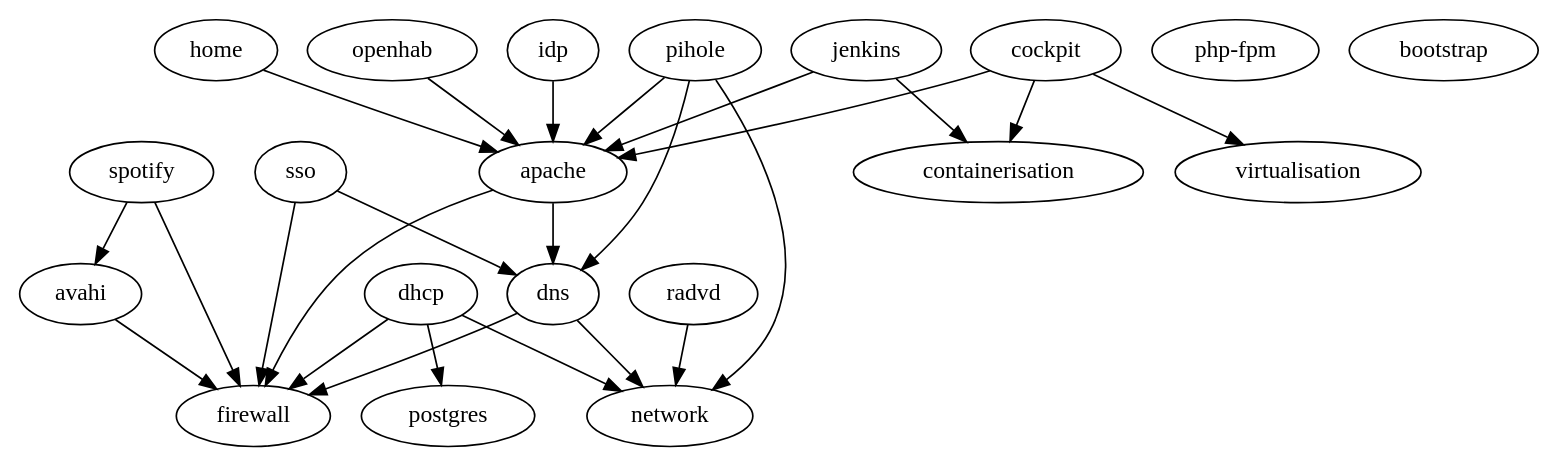
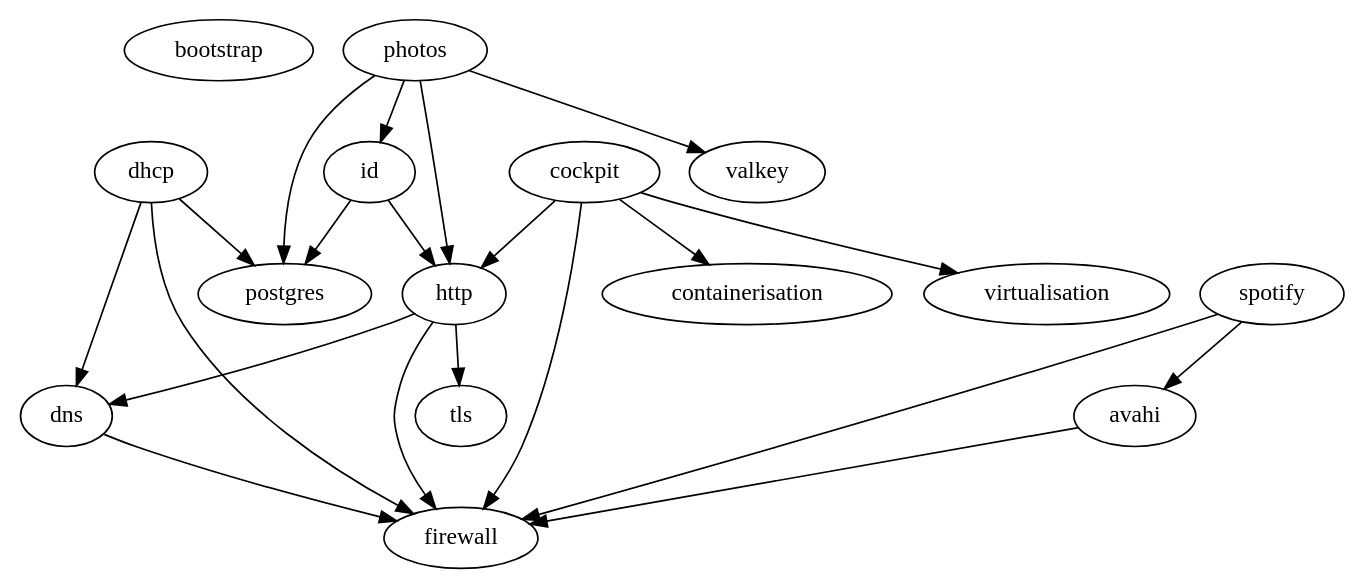
The diagram in depgraph.gv (mbooth101/homelab), drawn with Graphviz before and after one commit. The commit also changed 4 other files, not shown here.

Commit message:
Update to README and dep graph generation

```diff
--- a/depgraph.gv
+++ b/depgraph.gv
@@ -1,47 +1,38 @@
 // Role Dependency Graph
 digraph {
-	apache
+	bootstrap
+	dns
+	dns -> firewall
+	firewall
+	dhcp
+	dhcp -> firewall
+	dhcp -> dns
+	dhcp -> postgres
+	postgres
+	cockpit
+	cockpit -> firewall
+	cockpit -> http
+	http
+	http -> firewall
+	http -> dns
+	http -> tls
+	tls
+	cockpit -> containerisation
+	containerisation
+	cockpit -> virtualisation
+	virtualisation
+	id
+	id -> http
+	id -> postgres
+	photos
+	photos -> http
+	photos -> postgres
+	photos -> id
+	photos -> valkey
+	valkey
+	spotify
+	spotify -> firewall
+	spotify -> avahi
 	avahi
-	cockpit
-	containerisation
-	dhcp
-	dns
-	firewall
-	home
-	jenkins
-	network
-	openhab
-	"php-fpm"
-	pihole
-	postgres
-	radvd
-	spotify
-	virtualisation
-	idp
-	sso
-	bootstrap
-	apache -> firewall
-	apache -> dns
 	avahi -> firewall
-	cockpit -> apache
-	cockpit -> containerisation
-	cockpit -> virtualisation
-	dhcp -> network
-	dhcp -> postgres
-	dhcp -> firewall
-	dns -> network
-	dns -> firewall
-	home -> apache
-	jenkins -> apache
-	jenkins -> containerisation
-	openhab -> apache
-	pihole -> network
-	pihole -> dns
-	pihole -> apache
-	radvd -> network
-	spotify -> avahi
-	spotify -> firewall
-	idp -> apache
-	sso -> firewall
-	sso -> dns
 }
```
